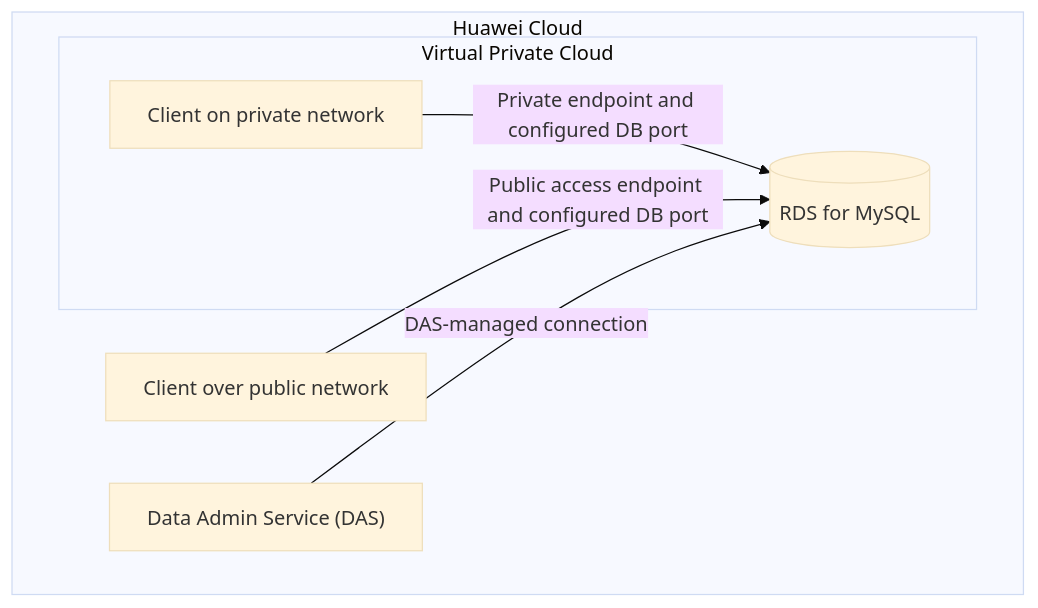
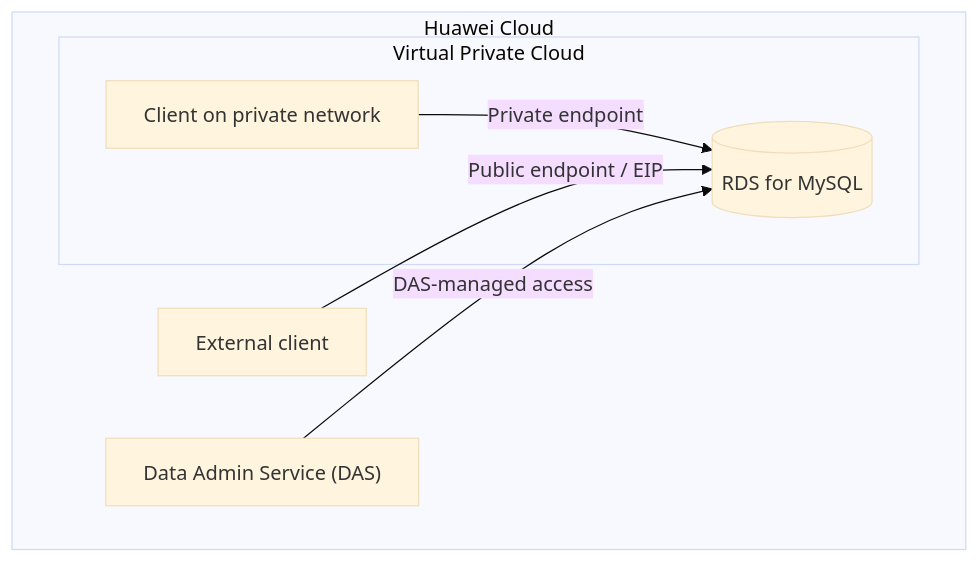
Before and after one commit to Pegasus-sudo/cloud-labs: the diagram in huawei-cloud/05-rds-mysql-management-connectivity/README.md, drawn with Mermaid (base theme). The commit also changed other lines of this file, not shown here.

Commit message:
docs: correct RDS evidence claims and document security exposure

````diff
--- a/huawei-cloud/05-rds-mysql-management-connectivity/README.md
+++ b/huawei-cloud/05-rds-mysql-management-connectivity/README.md
@@ -36,14 +36,14 @@
 ```mermaid
 flowchart TB
     subgraph HuaweiCloud["Huawei Cloud"]
         DAS["Data Admin Service (DAS)"]
         subgraph VPC["Virtual Private Cloud"]
             PrivateClient["Client on private network"]
             RDS[("RDS for MySQL")]
-            PrivateClient -->|"Private endpoint and configured DB port"| RDS
+            PrivateClient -->|"Private endpoint"| RDS
         end
-        PublicClient["Client over public network"]
-        PublicClient -->|"Public access endpoint and configured DB port"| RDS
-        DAS -->|"DAS-managed connection"| RDS
+        PublicClient["External client"]
+        PublicClient -->|"Public endpoint / EIP"| RDS
+        DAS -->|"DAS-managed access"| RDS
     end
 ```
````
